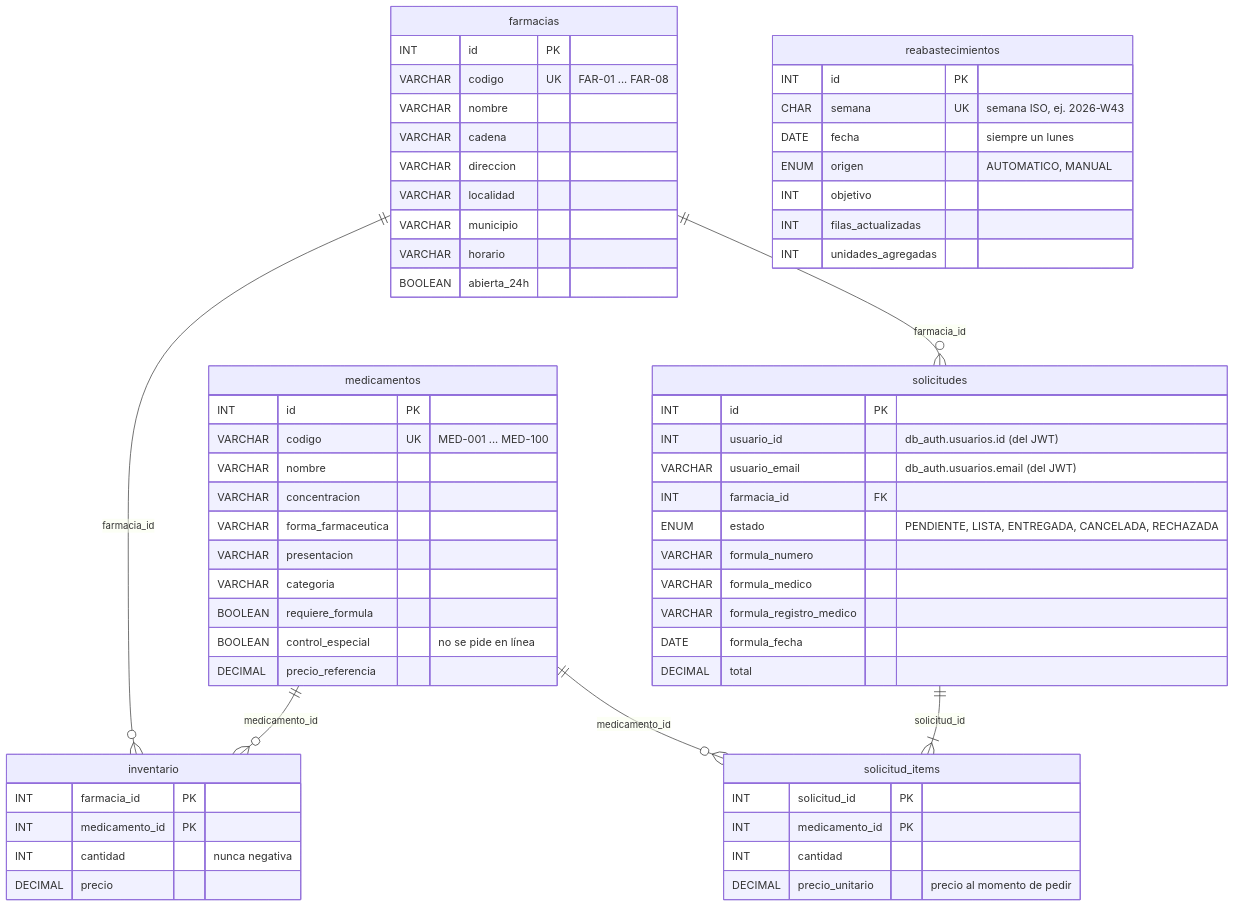
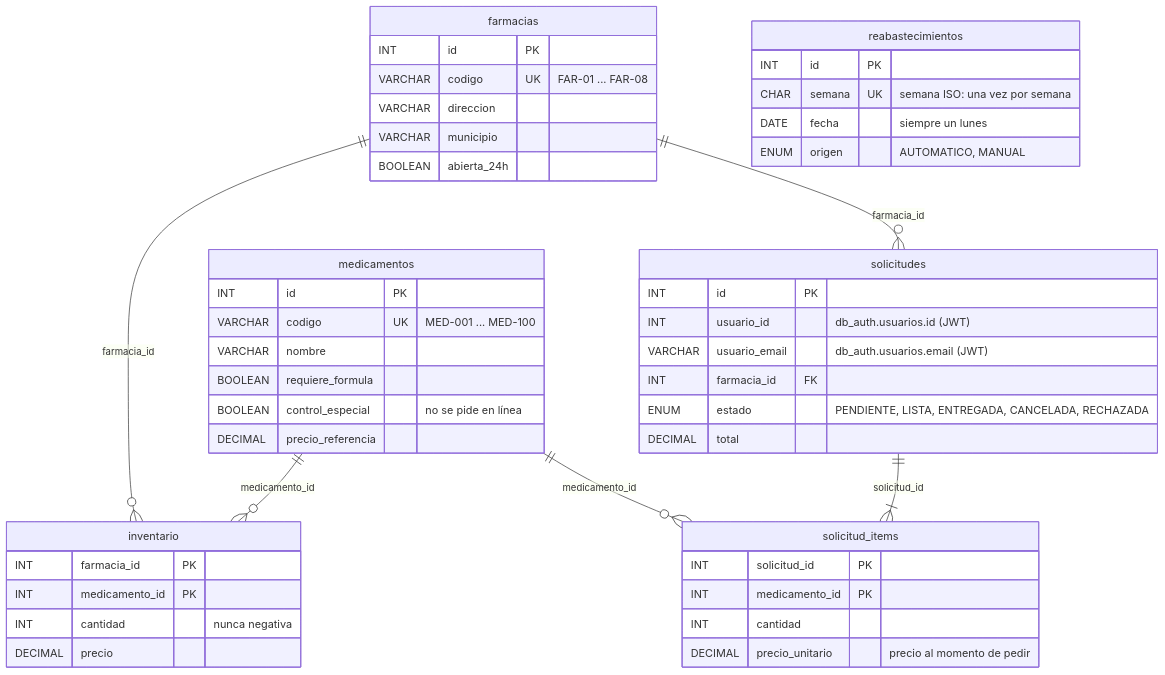
Before and after one commit to CamiloP2103/Tecnosalud-catolica: the fourth of 7 diagrams in docs/ARQUITECTURA_DATOS.md, drawn with Mermaid. The commit also changed other lines of this file and 4 other files, not shown here.

````diff
--- a/docs/ARQUITECTURA_DATOS.md
+++ b/docs/ARQUITECTURA_DATOS.md
@@ -145,65 +162,50 @@
 ```mermaid
 erDiagram
     medicamentos ||--o{ inventario : "medicamento_id"
     farmacias ||--o{ inventario : "farmacia_id"
     farmacias ||--o{ solicitudes : "farmacia_id"
     solicitudes ||--|{ solicitud_items : "solicitud_id"
     medicamentos ||--o{ solicitud_items : "medicamento_id"
 
     medicamentos {
         INT id PK
         VARCHAR codigo UK "MED-001 ... MED-100"
         VARCHAR nombre
-        VARCHAR concentracion
-        VARCHAR forma_farmaceutica
-        VARCHAR presentacion
-        VARCHAR categoria
         BOOLEAN requiere_formula
         BOOLEAN control_especial "no se pide en línea"
         DECIMAL precio_referencia
     }
     farmacias {
         INT id PK
         VARCHAR codigo UK "FAR-01 ... FAR-08"
-        VARCHAR nombre
-        VARCHAR cadena
         VARCHAR direccion
-        VARCHAR localidad
         VARCHAR municipio
-        VARCHAR horario
         BOOLEAN abierta_24h
     }
     inventario {
         INT farmacia_id PK
         INT medicamento_id PK
         INT cantidad "nunca negativa"
         DECIMAL precio
     }
     solicitudes {
         INT id PK
-        INT usuario_id "db_auth.usuarios.id (del JWT)"
-        VARCHAR usuario_email "db_auth.usuarios.email (del JWT)"
+        INT usuario_id "db_auth.usuarios.id (JWT)"
+        VARCHAR usuario_email "db_auth.usuarios.email (JWT)"
         INT farmacia_id FK
         ENUM estado "PENDIENTE, LISTA, ENTREGADA, CANCELADA, RECHAZADA"
-        VARCHAR formula_numero
-        VARCHAR formula_medico
-        VARCHAR formula_registro_medico
-        DATE formula_fecha
         DECIMAL total
     }
     solicitud_items {
         INT solicitud_id PK
         INT medicamento_id PK
         INT cantidad
         DECIMAL precio_unitario "precio al momento de pedir"
     }
     reabastecimientos {
         INT id PK
-        CHAR semana UK "semana ISO, ej. 2026-W43"
+        CHAR semana UK "semana ISO: una vez por semana"
         DATE fecha "siempre un lunes"
         ENUM origen "AUTOMATICO, MANUAL"
-        INT objetivo
-        INT filas_actualizadas
-        INT unidades_agregadas
     }
 ```
````
